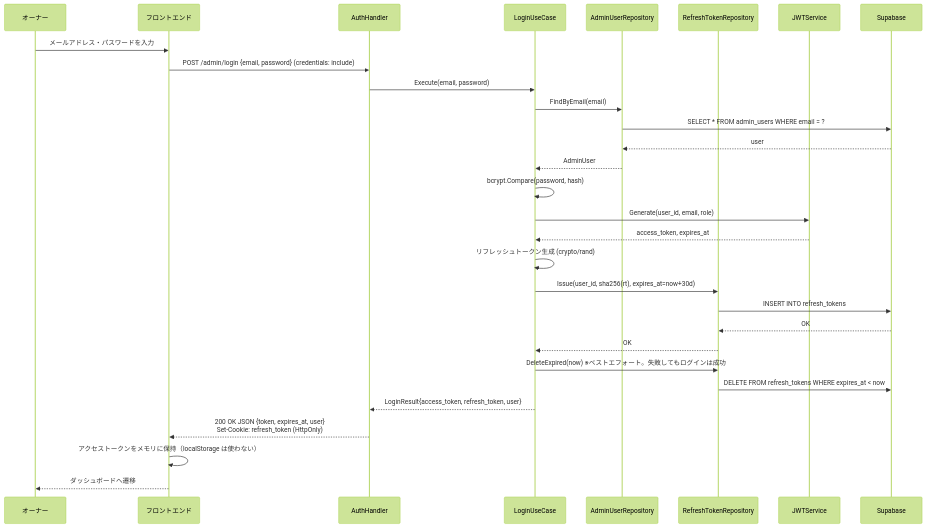
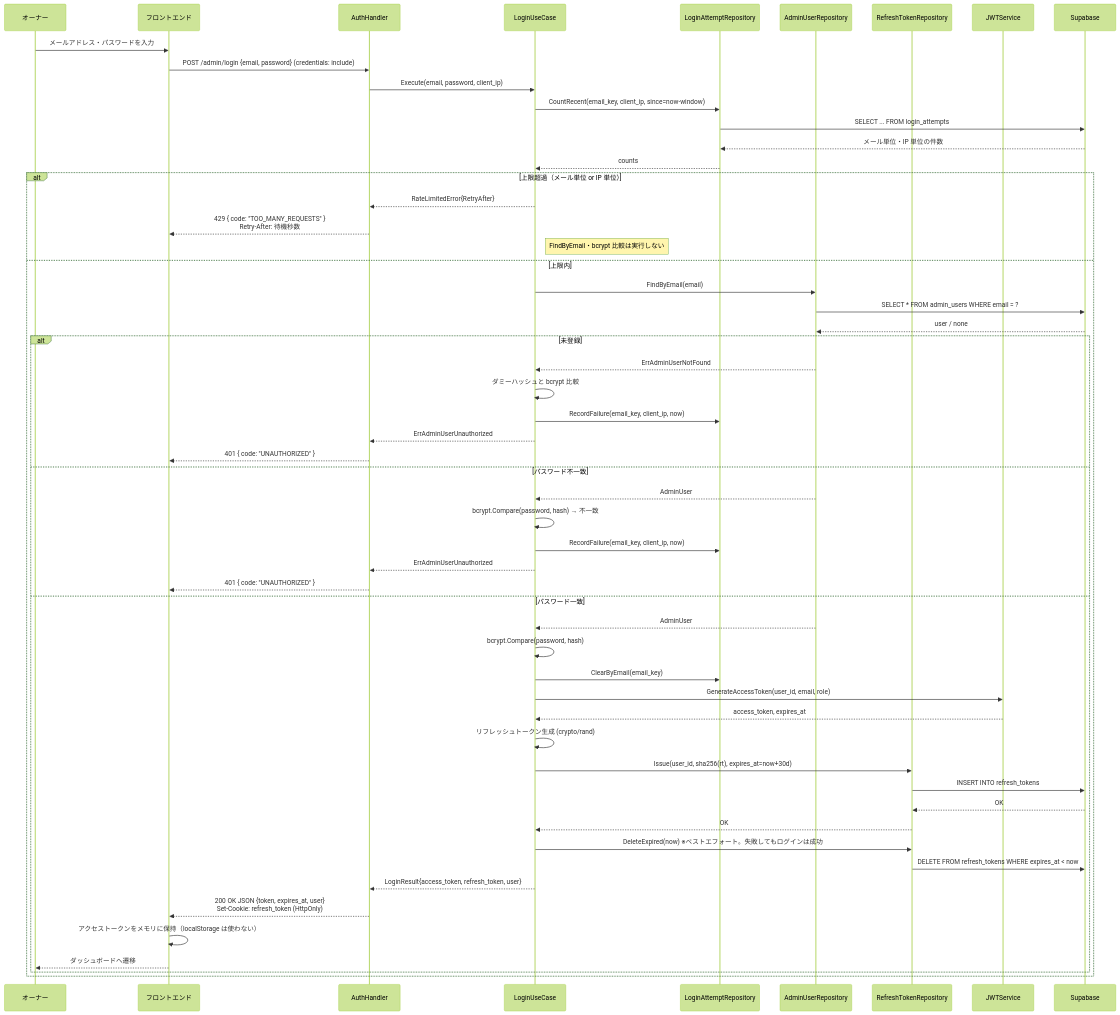
Before and after one commit to cergijame101007/satehits: the fourth of 15 diagrams in docs/sequence.md, drawn with Mermaid (forest theme). The commit also changed other lines of this file and 5 other files, not shown here.

````diff
--- a/docs/sequence.md
+++ b/docs/sequence.md
@@ -132,37 +137,64 @@
 ```mermaid
 sequenceDiagram
     participant Owner as オーナー
     participant Frontend as フロントエンド
     participant Handler as AuthHandler
     participant UseCase as LoginUseCase
+    participant AttemptRepo as LoginAttemptRepository
     participant AdminUserRepo as AdminUserRepository
     participant RefreshRepo as RefreshTokenRepository
     participant JWT as JWTService
     participant DB as Supabase
 
     Owner->>Frontend: メールアドレス・パスワードを入力
     Frontend->>Handler: POST /admin/login {email, password} (credentials: include)
     
-    Handler->>UseCase: Execute(email, password)
+    Handler->>UseCase: Execute(email, password, client_ip)
     
-    UseCase->>AdminUserRepo: FindByEmail(email)
-    AdminUserRepo->>DB: SELECT * FROM admin_users WHERE email = ?
-    DB-->>AdminUserRepo: user
-    AdminUserRepo-->>UseCase: AdminUser
+    UseCase->>AttemptRepo: CountRecent(email_key, client_ip, since=now-window)
+    AttemptRepo->>DB: SELECT ... FROM login_attempts
+    DB-->>AttemptRepo: メール単位・IP 単位の件数
+    AttemptRepo-->>UseCase: counts
     
-    UseCase->>UseCase: bcrypt.Compare(password, hash)
-    UseCase->>JWT: Generate(user_id, email, role)
-    JWT-->>UseCase: access_token, expires_at
-    UseCase->>UseCase: リフレッシュトークン生成 (crypto/rand)
-    UseCase->>RefreshRepo: Issue(user_id, sha256(rt), expires_at=now+30d)
-    RefreshRepo->>DB: INSERT INTO refresh_tokens
-    DB-->>RefreshRepo: OK
-    RefreshRepo-->>UseCase: OK
-    UseCase->>RefreshRepo: DeleteExpired(now) ※ベストエフォート。失敗してもログインは成功
-    RefreshRepo->>DB: DELETE FROM refresh_tokens WHERE expires_at < now
-    
-    UseCase-->>Handler: LoginResult{access_token, refresh_token, user}
-    Handler-->>Frontend: 200 OK JSON {token, expires_at, user}<br/>Set-Cookie: refresh_token (HttpOnly)
-    Frontend->>Frontend: アクセストークンをメモリに保持（localStorage は使わない）
-    Frontend-->>Owner: ダッシュボードへ遷移
+    alt 上限超過（メール単位 or IP 単位）
+        UseCase-->>Handler: RateLimitedError{RetryAfter}
+        Handler-->>Frontend: 429 { code: "TOO_MANY_REQUESTS" }<br/>Retry-After: 待機秒数
+        Note right of UseCase: FindByEmail・bcrypt 比較は実行しない
+    else 上限内
+        UseCase->>AdminUserRepo: FindByEmail(email)
+        AdminUserRepo->>DB: SELECT * FROM admin_users WHERE email = ?
+        DB-->>AdminUserRepo: user / none
+        
+        alt 未登録
+            AdminUserRepo-->>UseCase: ErrAdminUserNotFound
+            UseCase->>UseCase: ダミーハッシュと bcrypt 比較
+            UseCase->>AttemptRepo: RecordFailure(email_key, client_ip, now)
+            UseCase-->>Handler: ErrAdminUserUnauthorized
+            Handler-->>Frontend: 401 { code: "UNAUTHORIZED" }
+        else パスワード不一致
+            AdminUserRepo-->>UseCase: AdminUser
+            UseCase->>UseCase: bcrypt.Compare(password, hash) → 不一致
+            UseCase->>AttemptRepo: RecordFailure(email_key, client_ip, now)
+            UseCase-->>Handler: ErrAdminUserUnauthorized
+            Handler-->>Frontend: 401 { code: "UNAUTHORIZED" }
+        else パスワード一致
+            AdminUserRepo-->>UseCase: AdminUser
+            UseCase->>UseCase: bcrypt.Compare(password, hash)
+            UseCase->>AttemptRepo: ClearByEmail(email_key)
+            UseCase->>JWT: GenerateAccessToken(user_id, email, role)
+            JWT-->>UseCase: access_token, expires_at
+            UseCase->>UseCase: リフレッシュトークン生成 (crypto/rand)
+            UseCase->>RefreshRepo: Issue(user_id, sha256(rt), expires_at=now+30d)
+            RefreshRepo->>DB: INSERT INTO refresh_tokens
+            DB-->>RefreshRepo: OK
+            RefreshRepo-->>UseCase: OK
+            UseCase->>RefreshRepo: DeleteExpired(now) ※ベストエフォート。失敗してもログインは成功
+            RefreshRepo->>DB: DELETE FROM refresh_tokens WHERE expires_at < now
+            
+            UseCase-->>Handler: LoginResult{access_token, refresh_token, user}
+            Handler-->>Frontend: 200 OK JSON {token, expires_at, user}<br/>Set-Cookie: refresh_token (HttpOnly)
+            Frontend->>Frontend: アクセストークンをメモリに保持（localStorage は使わない）
+            Frontend-->>Owner: ダッシュボードへ遷移
+        end
+    end
 ```
````
